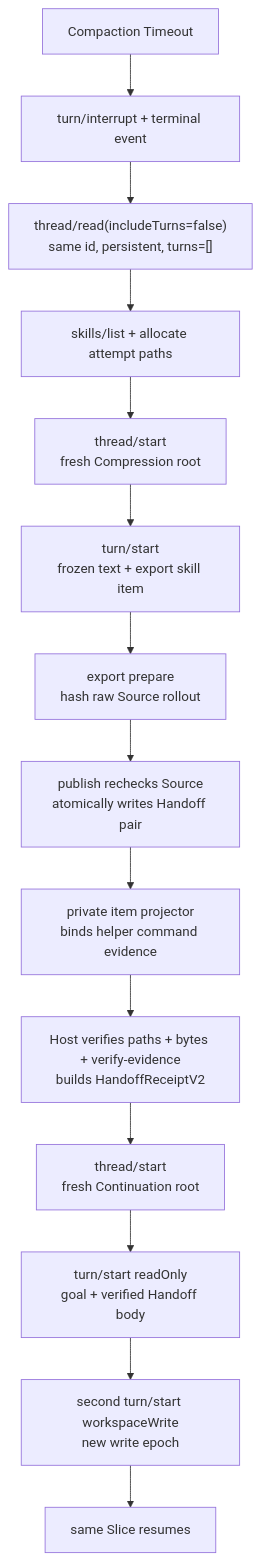
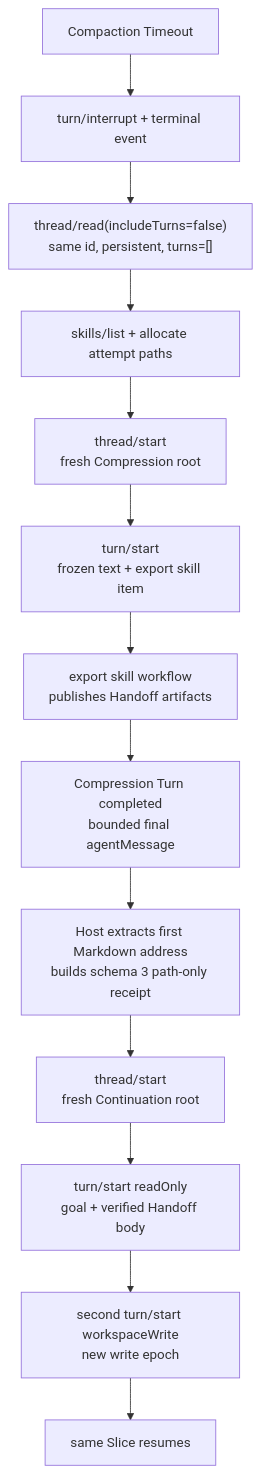
One commit to adaelon/auto-slice changed the diagram in docs/切片方案-App-Server三任务接力解锁.md. Above: the diagram before and after it, drawn with Mermaid. The commit also changed other lines of this file and 32 other files, not shown here.

```diff
--- a/docs/切片方案-App-Server三任务接力解锁.md
+++ b/docs/切片方案-App-Server三任务接力解锁.md
@@ -70,16 +70,15 @@
 ~~~mermaid
 flowchart TD
   Timeout["Compaction Timeout"] --> Interrupt["turn/interrupt + terminal event"]
   Interrupt --> Summary["thread/read(includeTurns=false)<br/>same id, persistent, turns=[]"]
   Summary --> Resolve["skills/list + allocate attempt paths"]
   Resolve --> CThread["thread/start<br/>fresh Compression root"]
   CThread --> CTurn["turn/start<br/>frozen text + export skill item"]
-  CTurn --> Prepare["export prepare<br/>hash raw Source rollout"]
-  Prepare --> Publish["publish rechecks Source<br/>atomically writes Handoff pair"]
-  Publish --> PrivateRoute["private item projector<br/>binds helper command evidence"]
-  PrivateRoute --> Receipt["Host verifies paths + bytes + verify-evidence<br/>builds HandoffReceiptV2"]
+  CTurn --> Export["export skill workflow<br/>publishes Handoff artifacts"]
+  Export --> Final["Compression Turn completed<br/>bounded final agentMessage"]
+  Final --> Receipt["Host extracts first Markdown address<br/>builds schema 3 path-only receipt"]
   Receipt --> KThread["thread/start<br/>fresh Continuation root"]
   KThread --> Draft["turn/start readOnly<br/>goal + verified Handoff body"]
   Draft --> Grant["second turn/start workspaceWrite<br/>new write epoch"]
   Grant --> Running["same Slice resumes"]
 ~~~
```
